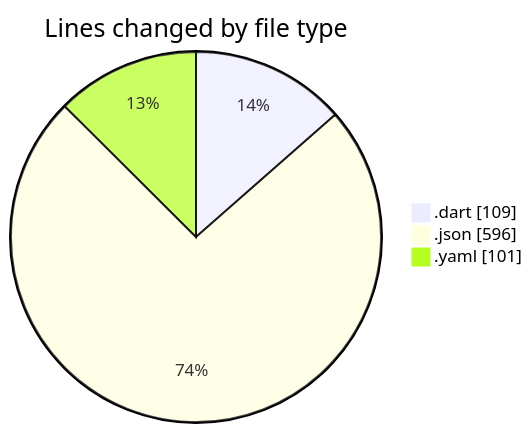
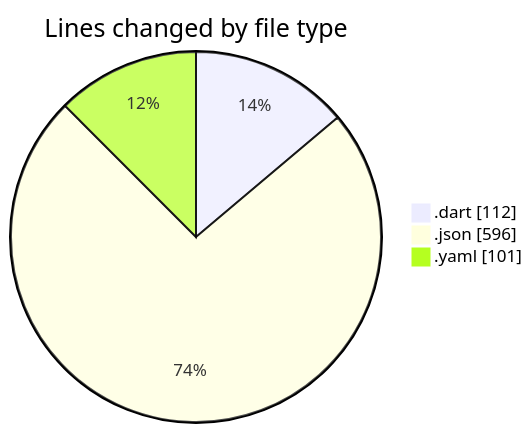
Before and after one commit to donsfak/code-tracking: the first of 2 diagrams in 2025-02-21/uber_clone/README.md, drawn with Mermaid. The commit also changed other lines of this file and 1 other file, not shown here.

````diff
--- a/2025-02-21/uber_clone/README.md
+++ b/2025-02-21/uber_clone/README.md
@@ -25,7 +25,7 @@
 ```mermaid
 pie showData
 title Lines changed by file type
-".dart" : 109
+".dart" : 112
 ".json" : 596
 ".yaml" : 101
 ```
````
